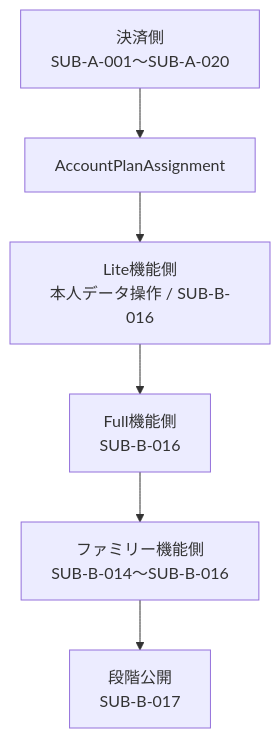
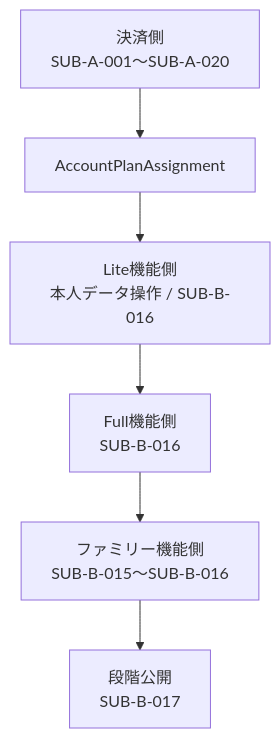
Before and after one commit to kkyosuke/me-builder: the third of 3 diagrams in docs/development/subscription-remaining-tasks.md, drawn with Mermaid. The commit also changed other lines of this file and 11 other files, not shown here.

````diff
--- a/docs/development/subscription-remaining-tasks.md
+++ b/docs/development/subscription-remaining-tasks.md
@@ -99,8 +99,8 @@
 ```mermaid
 flowchart TD
     A[決済側<br/>SUB-A-001〜SUB-A-020] --> I[AccountPlanAssignment]
     I --> L[Lite機能側<br/>本人データ操作 / SUB-B-016]
     L --> U[Full機能側<br/>SUB-B-016]
-    U --> F[ファミリー機能側<br/>SUB-B-014〜SUB-B-016]
+    U --> F[ファミリー機能側<br/>SUB-B-015〜SUB-B-016]
     F --> R[段階公開<br/>SUB-B-017]
 ```
````
